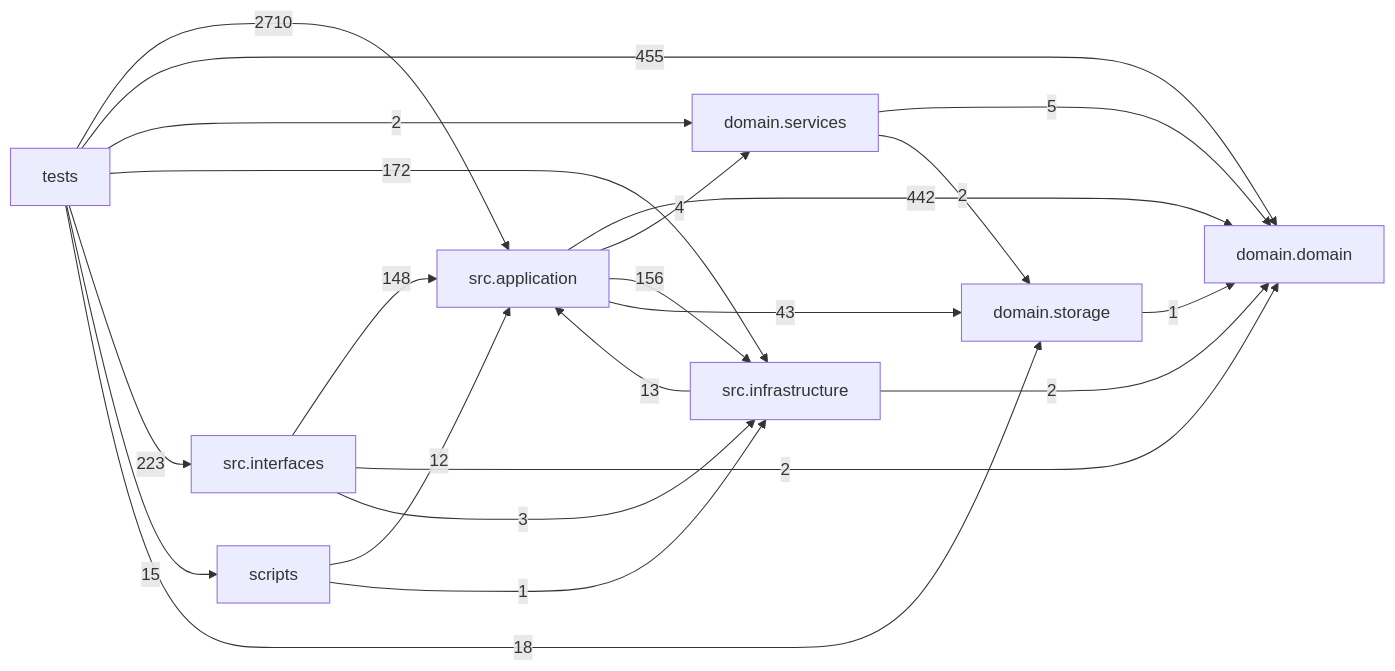
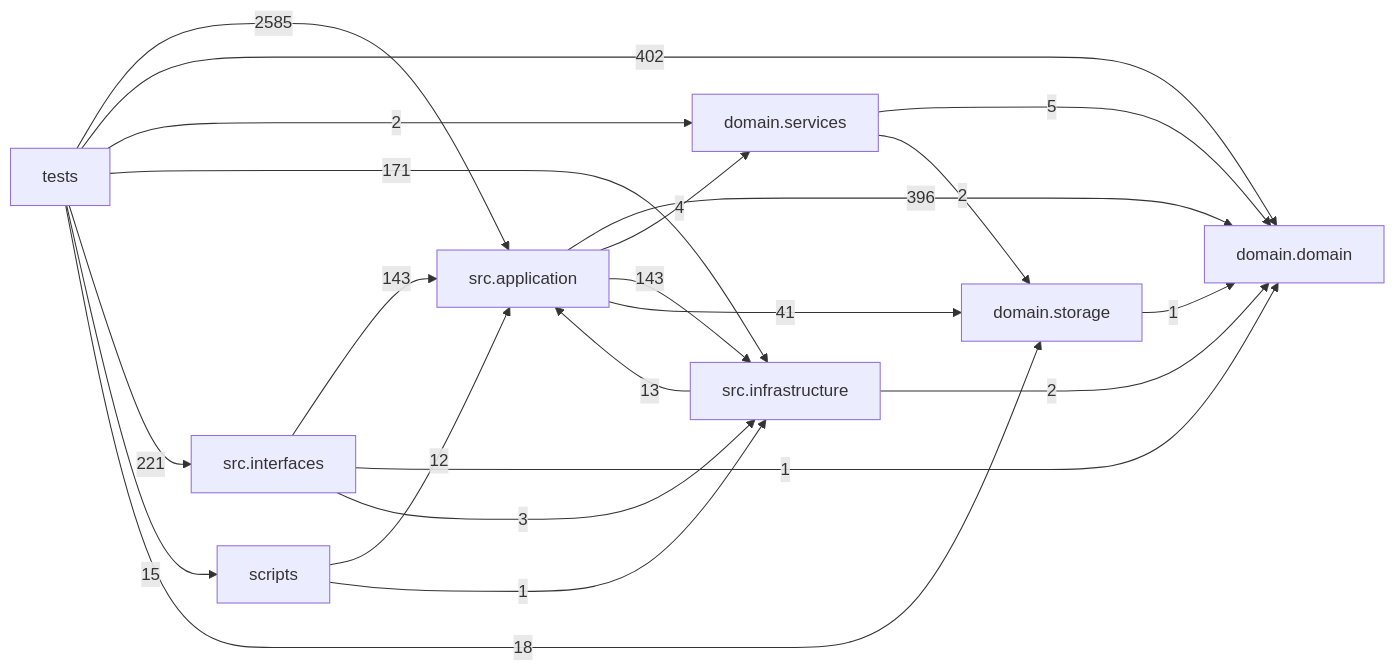
The diagram in docs/DEPENDENCY_GRAPH.md (liuxie066/options-monitor), drawn with Mermaid before and after one commit. The commit also changed other lines of this file and 149 other files, not shown here.

````diff
--- a/docs/DEPENDENCY_GRAPH.md
+++ b/docs/DEPENDENCY_GRAPH.md
@@ -24,32 +24,32 @@
 ```mermaid
 flowchart LR
   tests["tests"]
   scripts["scripts"]
   interfaces["src.interfaces"]
   application["src.application"]
   infrastructure["src.infrastructure"]
   domain_services["domain.services"]
   domain["domain.domain"]
   storage["domain.storage"]
-  application -->|442| domain
+  application -->|396| domain
   application -->|4| domain_services
-  application -->|156| infrastructure
-  application -->|43| storage
+  application -->|143| infrastructure
+  application -->|41| storage
   domain_services -->|5| domain
   domain_services -->|2| storage
   infrastructure -->|13| application
   infrastructure -->|2| domain
-  interfaces -->|148| application
-  interfaces -->|2| domain
+  interfaces -->|143| application
+  interfaces -->|1| domain
   interfaces -->|3| infrastructure
   scripts -->|12| application
   scripts -->|1| infrastructure
   storage -->|1| domain
-  tests -->|2710| application
-  tests -->|455| domain
+  tests -->|2585| application
+  tests -->|402| domain
   tests -->|2| domain_services
-  tests -->|172| infrastructure
-  tests -->|223| interfaces
+  tests -->|171| infrastructure
+  tests -->|221| interfaces
   tests -->|15| scripts
   tests -->|18| storage
 ```
````
